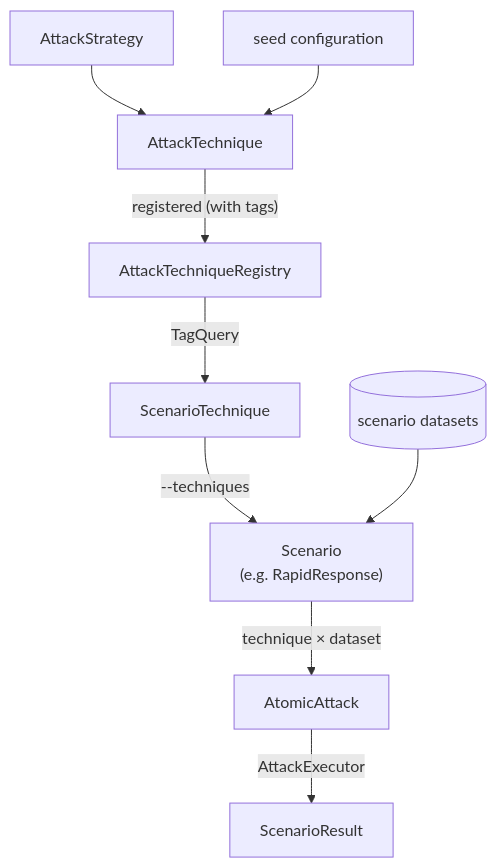
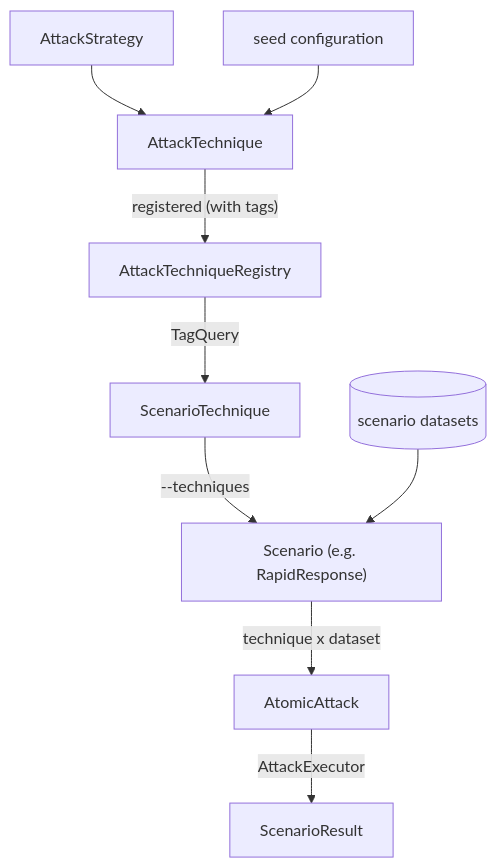
One commit to microsoft/PyRIT changed the diagram in doc/blog/2026_07_09_scenarios.md. Above: the diagram before and after it, drawn with Mermaid.

Commit message:
DOC: Fix scenarios blog Mermaid compatibility

Copilot-Session: 417ed073-e7de-42ce-89f0-332b72662af5

````diff
--- a/doc/blog/2026_07_09_scenarios.md
+++ b/doc/blog/2026_07_09_scenarios.md
@@ -111,17 +111,17 @@
 ```mermaid
 flowchart TB
     AS["AttackStrategy"]
     SC["seed configuration"]
     AT["AttackTechnique"]
     AS --> AT
     SC --> AT
 
     AT -->|"registered (with tags)"| Reg["AttackTechniqueRegistry"]
     Reg -->|"TagQuery"| Strat["ScenarioTechnique"]
 
-    Strat -->|"--techniques"| Sc["Scenario<br/>(e.g. RapidResponse)"]
-    DS[("scenario datasets")] --> Sc
+    Strat -->|"--techniques"| Sc["Scenario (e.g. RapidResponse)"]
+    DS[(scenario datasets)] --> Sc
 
-    Sc -->|"technique × dataset"| AA["AtomicAttack"]
+    Sc -->|"technique x dataset"| AA["AtomicAttack"]
     AA -->|"AttackExecutor"| Res["ScenarioResult"]
 ```
````
